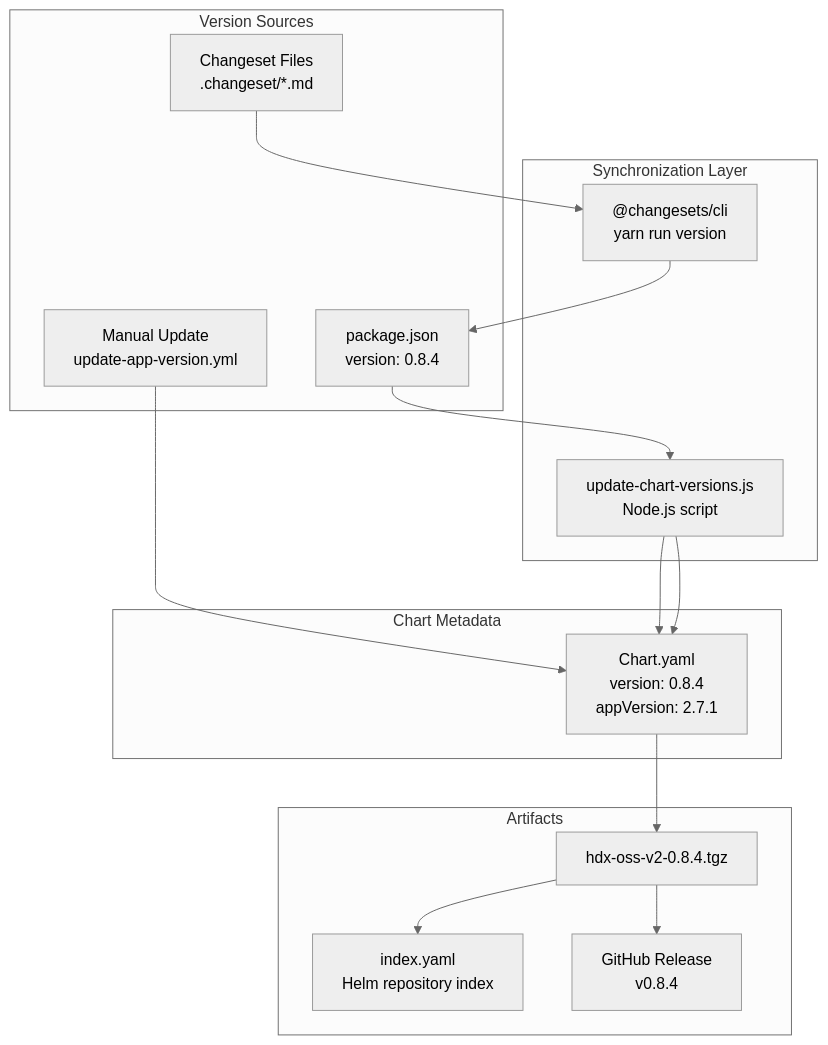
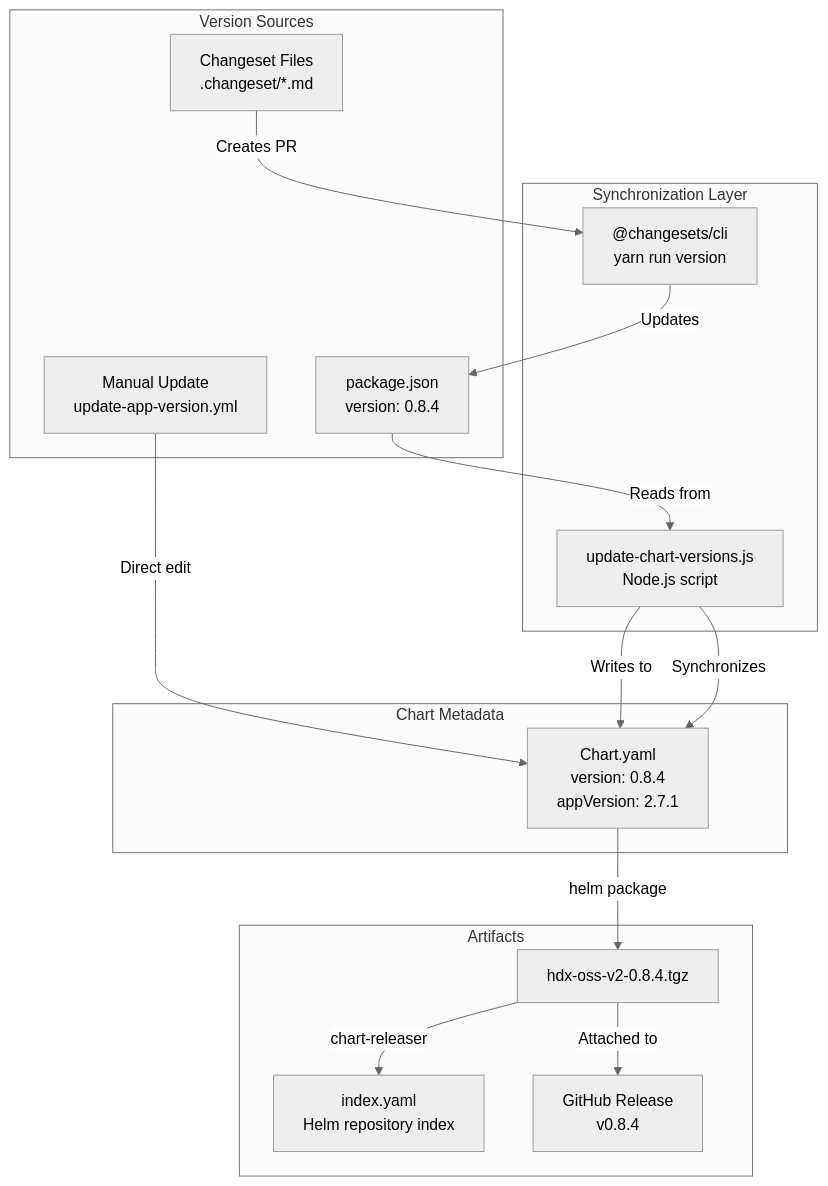
Before and after one commit to openchoreo/openchoreo: the first of 3 diagrams in docs/hyperdxio-helm-charts-docs/Chart-Metadata-and-Packaging.md, drawn with Mermaid (neutral theme). The commit also changed other lines of this file and 85 other files, not shown here.

Commit message:
feat: Add new workflow and specification templates, update Helm chart dependencies, and clarify documentation diagrams.

````diff
--- a/docs/hyperdxio-helm-charts-docs/Chart-Metadata-and-Packaging.md
+++ b/docs/hyperdxio-helm-charts-docs/Chart-Metadata-and-Packaging.md
@@ -56,44 +56,44 @@
 ```mermaid
 flowchart TD
 
 Changeset["Changeset Files<br>.changeset/*.md"]
 PackageJSON["package.json<br>version: 0.8.4"]
 Manual["Manual Update<br>update-app-version.yml"]
 ChangesetCLI["@changesets/cli<br>yarn run version"]
 UpdateScript["update-chart-versions.js<br>Node.js script"]
 ChartYAML["Chart.yaml<br>version: 0.8.4<br>appVersion: 2.7.1"]
 ChartPackage["hdx-oss-v2-0.8.4.tgz"]
 IndexYAML["index.yaml<br>Helm repository index"]
 GitHubRelease["GitHub Release<br>v0.8.4"]
 
-Changeset --> ChangesetCLI
-ChangesetCLI --> PackageJSON
-PackageJSON --> UpdateScript
-Manual --> ChartYAML
-UpdateScript --> ChartYAML
-ChartYAML --> ChartPackage
-UpdateScript --> ChartYAML
+Changeset -->|"Creates PR"| ChangesetCLI
+ChangesetCLI -->|"Updates"| PackageJSON
+PackageJSON -->|"Reads from"| UpdateScript
+Manual -->|"Direct edit"| ChartYAML
+UpdateScript -->|"Writes to"| ChartYAML
+ChartYAML -->|"helm package"| ChartPackage
+UpdateScript -->|"Synchronizes"| ChartYAML
 
 subgraph Artifacts ["Artifacts"]
     ChartPackage
     IndexYAML
     GitHubRelease
-    ChartPackage --> IndexYAML
-    ChartPackage --> GitHubRelease
+    ChartPackage -->|"chart-releaser"| IndexYAML
+    ChartPackage -->|"Attached to"| GitHubRelease
 end
 
 subgraph subGraph2 ["Chart Metadata"]
     ChartYAML
 end
 
 subgraph subGraph1 ["Synchronization Layer"]
     ChangesetCLI
     UpdateScript
 end
 
 subgraph subGraph0 ["Version Sources"]
     Changeset
     PackageJSON
     Manual
 end
 ```
````
